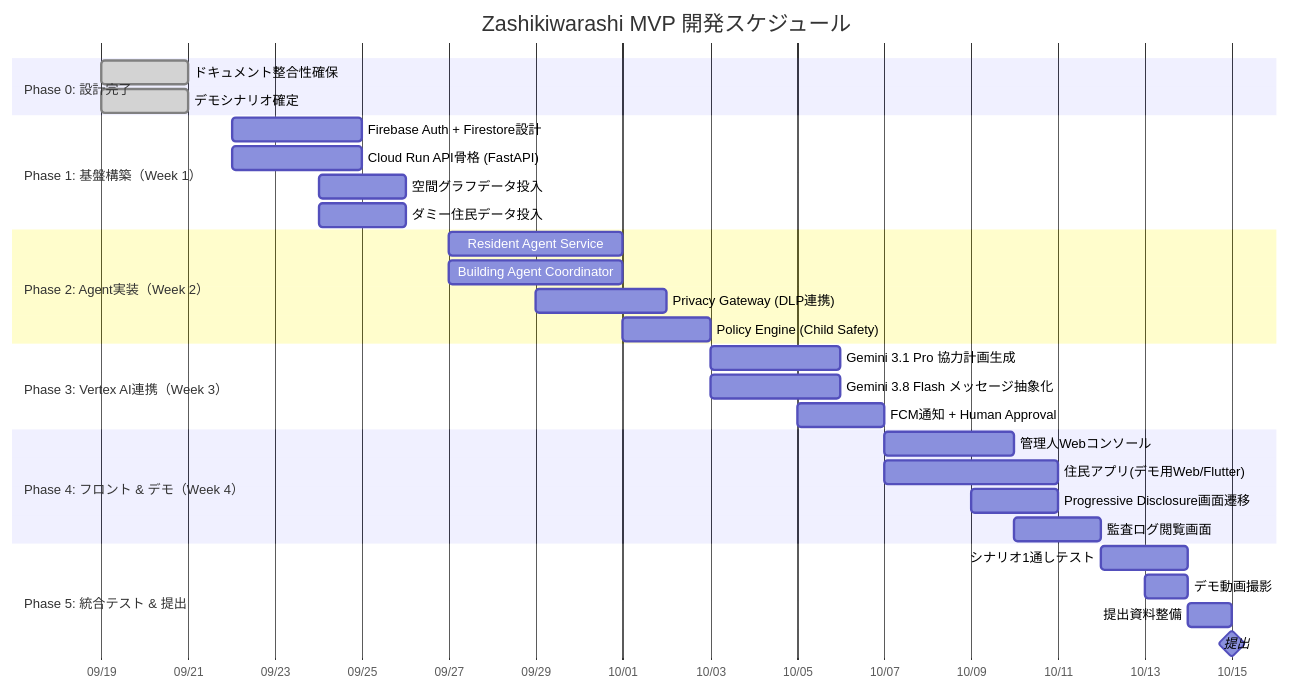
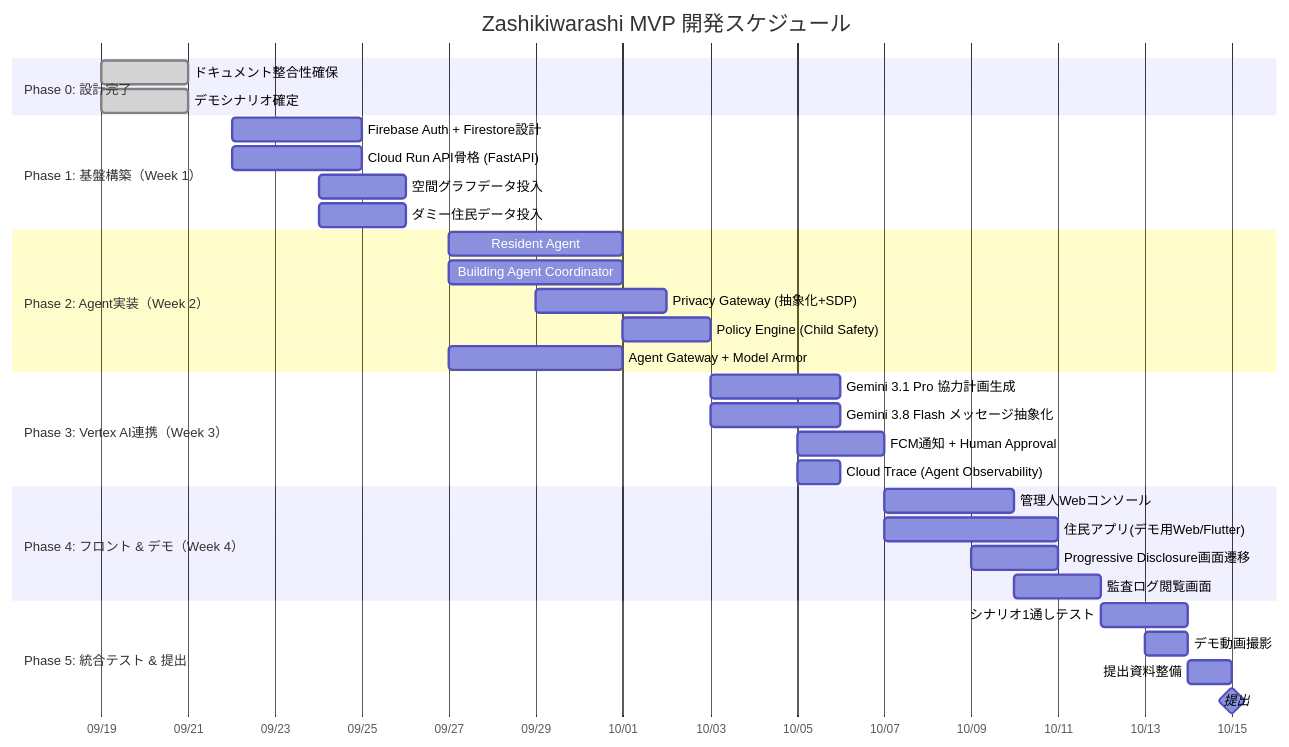
Before and after one commit to akakura-hackathon/zashikiwarashi: the diagram in docs/PLAN.md, drawn with Mermaid. The commit also changed other lines of this file and 7 other files, not shown here.

First line of the commit message:
docs(FN-10, FN-11, FN-03): Agent ガバナンス・オブザーバビリティを構成に追加し、Resident Agent の役割を強化

````diff
--- a/docs/PLAN.md
+++ b/docs/PLAN.md
@@ -61,39 +66,41 @@
 ```mermaid
 gantt
   title Zashikiwarashi MVP 開発スケジュール
   dateFormat YYYY-MM-DD
   axisFormat %m/%d
 
   section Phase 0: 設計完了
   ドキュメント整合性確保          :done, p0_1, 2026-09-19, 2d
   デモシナリオ確定               :done, p0_2, 2026-09-19, 2d
 
   section Phase 1: 基盤構築（Week 1）
   Firebase Auth + Firestore設計   :p1_1, 2026-09-22, 3d
   Cloud Run API骨格 (FastAPI)     :p1_2, 2026-09-22, 3d
   空間グラフデータ投入            :p1_3, 2026-09-24, 2d
   ダミー住民データ投入            :p1_4, 2026-09-24, 2d
 
   section Phase 2: Agent実装（Week 2）
-  Resident Agent Service          :p2_1, 2026-09-27, 4d
+  Resident Agent                  :p2_1, 2026-09-27, 4d
   Building Agent Coordinator      :p2_2, 2026-09-27, 4d
-  Privacy Gateway (DLP連携)       :p2_3, 2026-09-29, 3d
+  Privacy Gateway (抽象化+SDP)    :p2_3, 2026-09-29, 3d
   Policy Engine (Child Safety)    :p2_4, 2026-10-01, 2d
+  Agent Gateway + Model Armor     :p2_5, 2026-09-27, 4d
 
   section Phase 3: Vertex AI連携（Week 3）
   Gemini 3.1 Pro 協力計画生成     :p3_1, 2026-10-03, 3d
   Gemini 3.8 Flash メッセージ抽象化:p3_2, 2026-10-03, 3d
   FCM通知 + Human Approval        :p3_3, 2026-10-05, 2d
+  Cloud Trace (Agent Observability):p3_4, 2026-10-05, 1d
 
   section Phase 4: フロント & デモ（Week 4）
   管理人Webコンソール             :p4_1, 2026-10-07, 3d
   住民アプリ(デモ用Web/Flutter)   :p4_2, 2026-10-07, 4d
   Progressive Disclosure画面遷移  :p4_3, 2026-10-09, 2d
   監査ログ閲覧画面               :p4_4, 2026-10-10, 2d
 
   section Phase 5: 統合テスト & 提出
   シナリオ1通しテスト             :p5_1, 2026-10-12, 2d
   デモ動画撮影                   :p5_2, 2026-10-13, 1d
   提出資料整備                   :p5_3, 2026-10-14, 1d
   提出                           :milestone, p5_4, 2026-10-15, 0d
 ```
````
